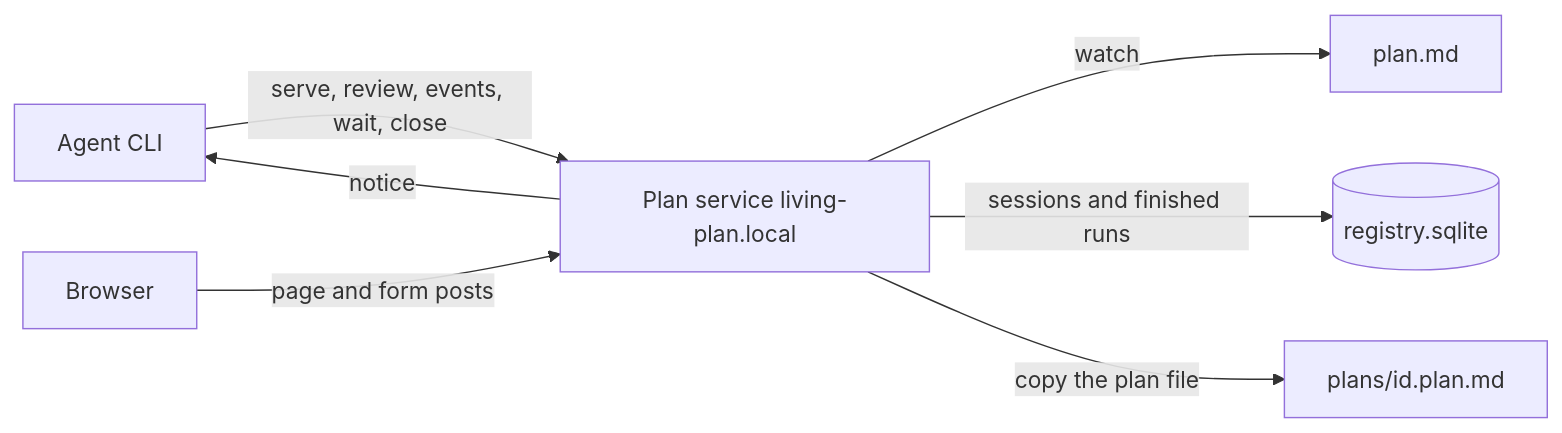
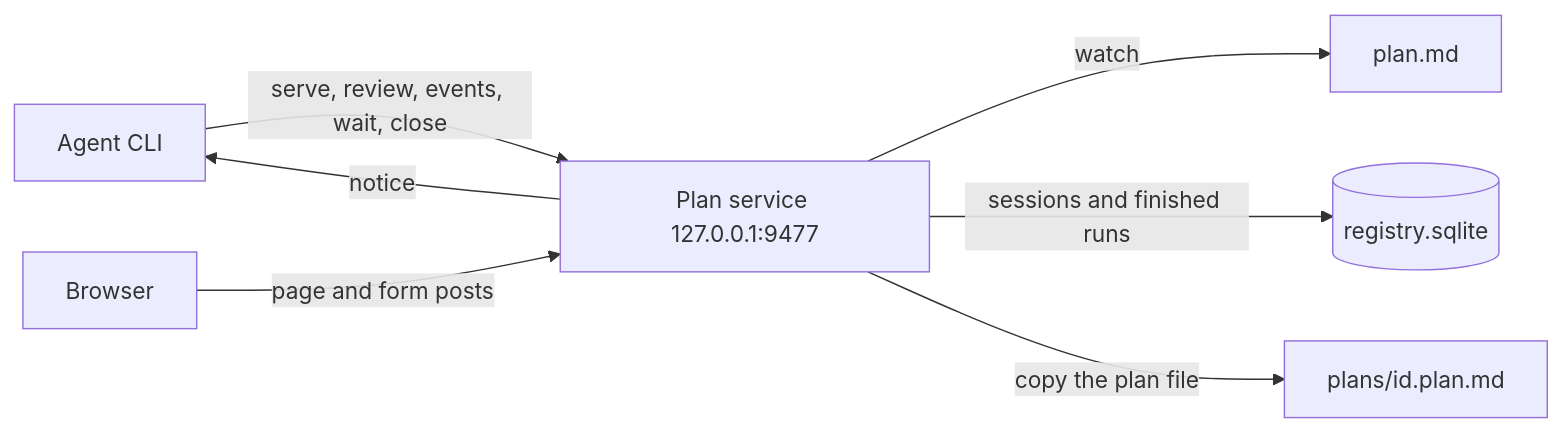
The first of 5 diagrams in docs/architecture/README.md (marco-calderon/visual-living-plan), drawn with Mermaid before and after one commit. The commit also changed other lines of this file and 16 other files, not shown here.

First line of the commit message:
Stop publishing living-plan.local so browsers do not wait on mDNS.

````diff
--- a/docs/architecture/README.md
+++ b/docs/architecture/README.md
@@ -13,16 +13,16 @@
 ```mermaid
 flowchart LR
   Agent["Agent CLI"]
   Browser["Browser"]
-  Service["Plan service living-plan.local"]
+  Service["Plan service 127.0.0.1:9477"]
   File["plan.md"]
   DB[("registry.sqlite")]
   Archive["plans/id.plan.md"]
 
   Agent -->|"serve, review, events, wait, close"| Service
   Browser -->|"page and form posts"| Service
   Service -->|"watch"| File
   Service -->|"sessions and finished runs"| DB
   Service -->|"copy the plan file"| Archive
   Service -->|"notice"| Agent
 ```
````
